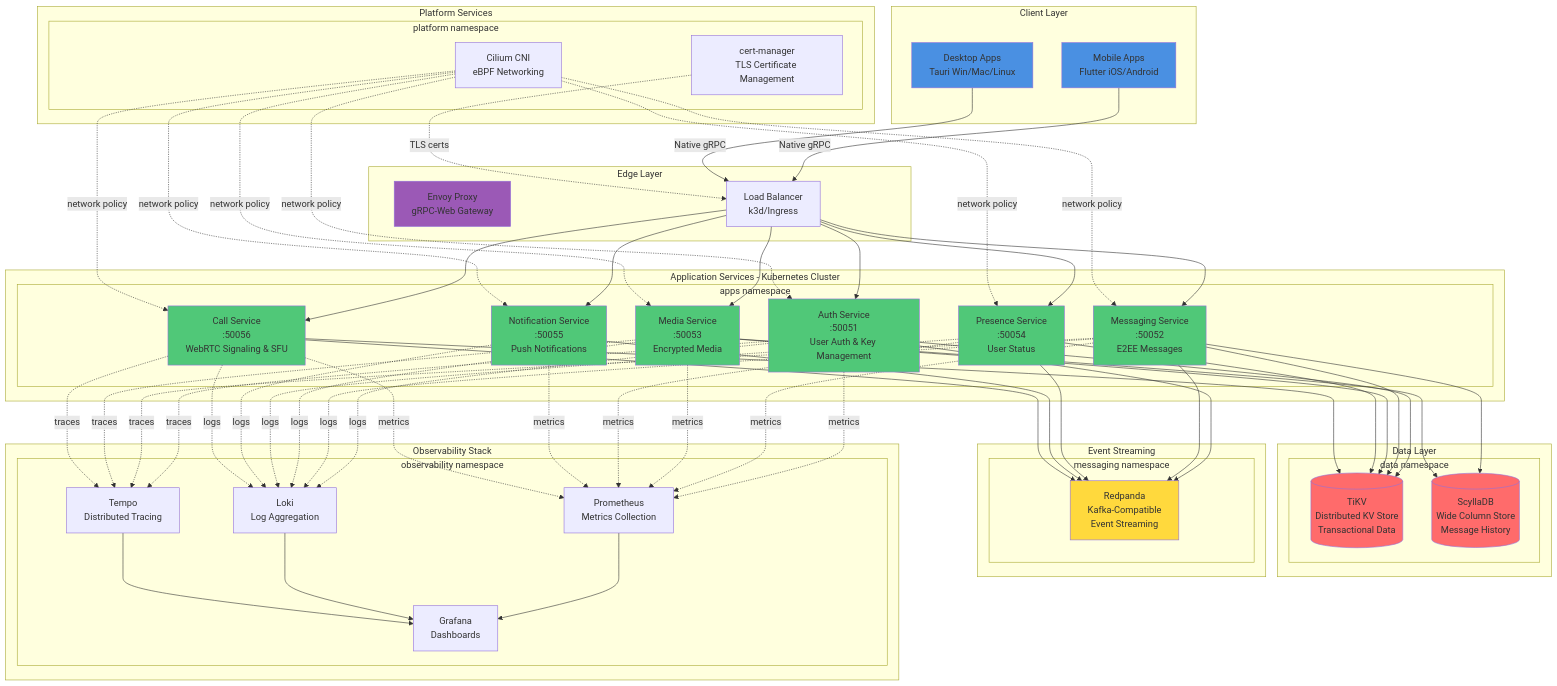
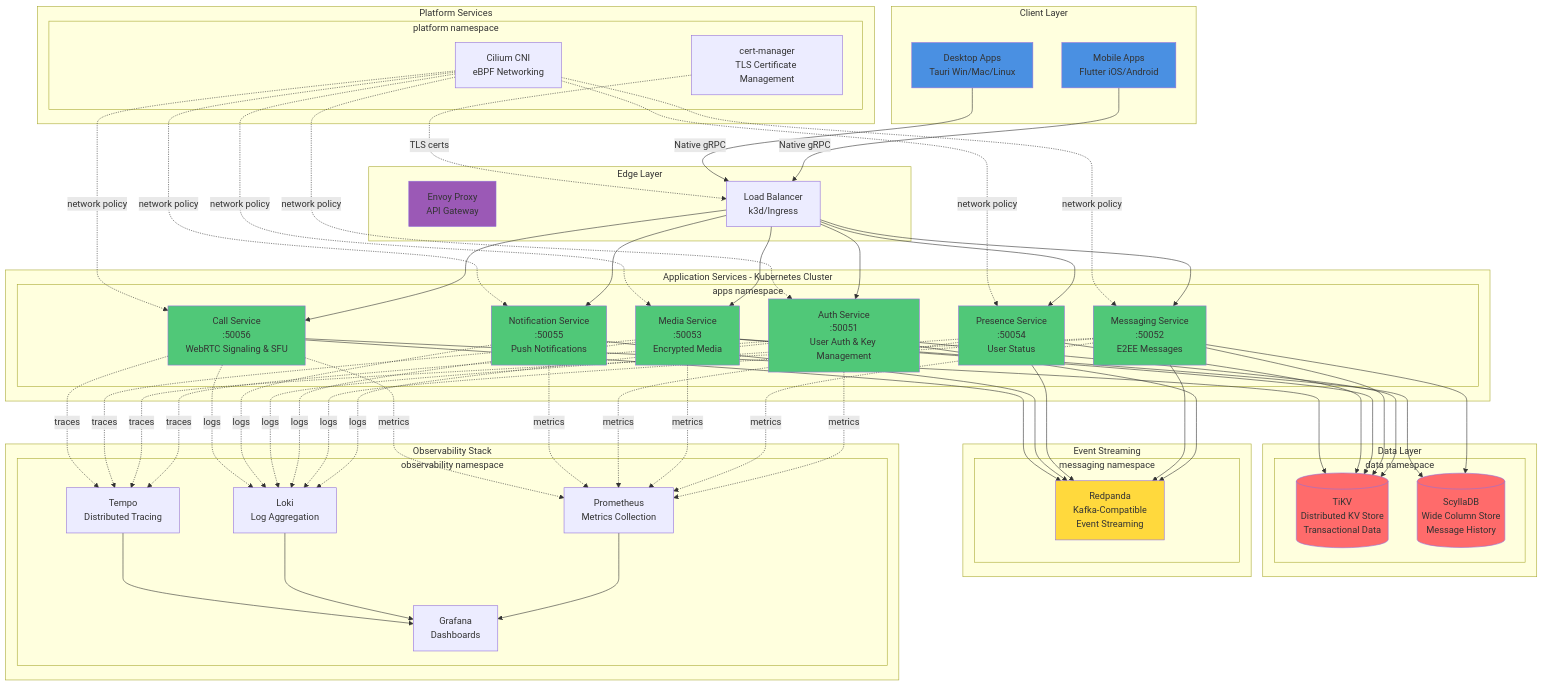
One commit to guardyn/guardyn changed the first of 7 diagrams in docs/ARCHITECTURE.md. Above: the diagram before and after it, drawn with Mermaid. The commit also changed 20 other files, not shown here.

```diff
--- a/docs/ARCHITECTURE.md
+++ b/docs/ARCHITECTURE.md
@@ -12,7 +12,7 @@
     end
 
     subgraph "Edge Layer"
-        Envoy[Envoy Proxy<br/>gRPC-Web Gateway]
+        Envoy[Envoy Proxy<br/>API Gateway]
         LB[Load Balancer<br/>k3d/Ingress]
     end
 
```
